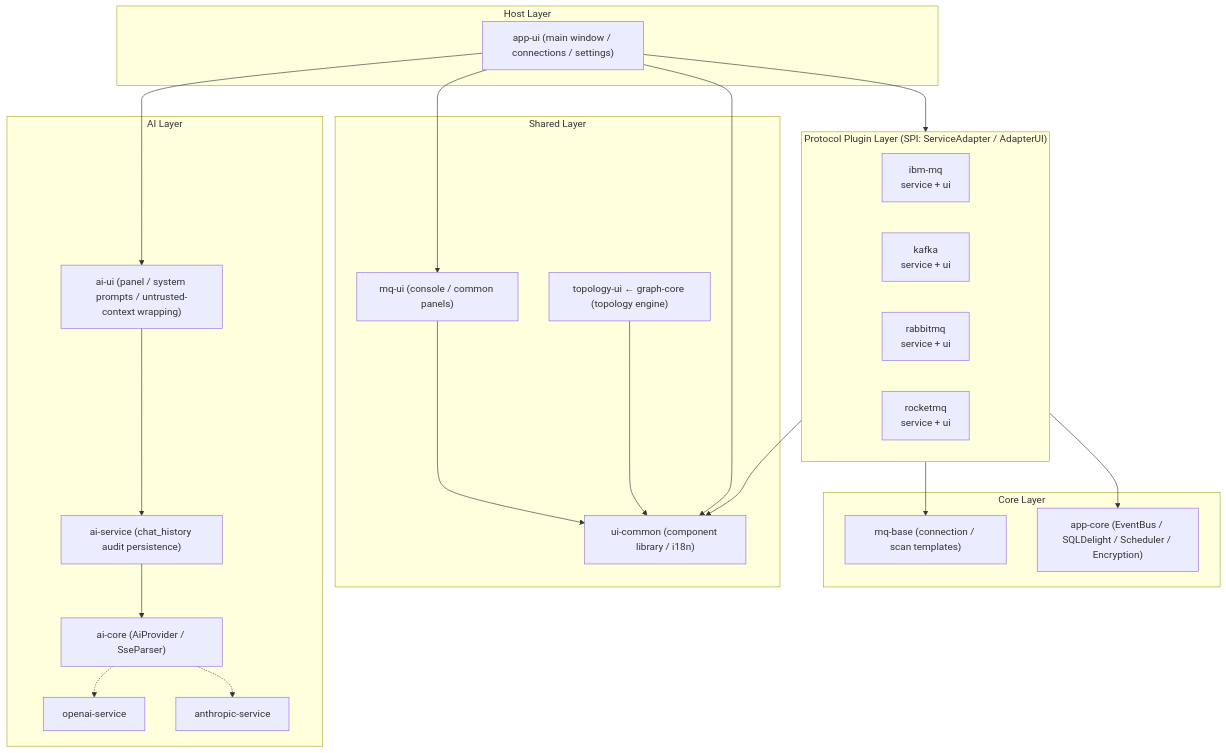
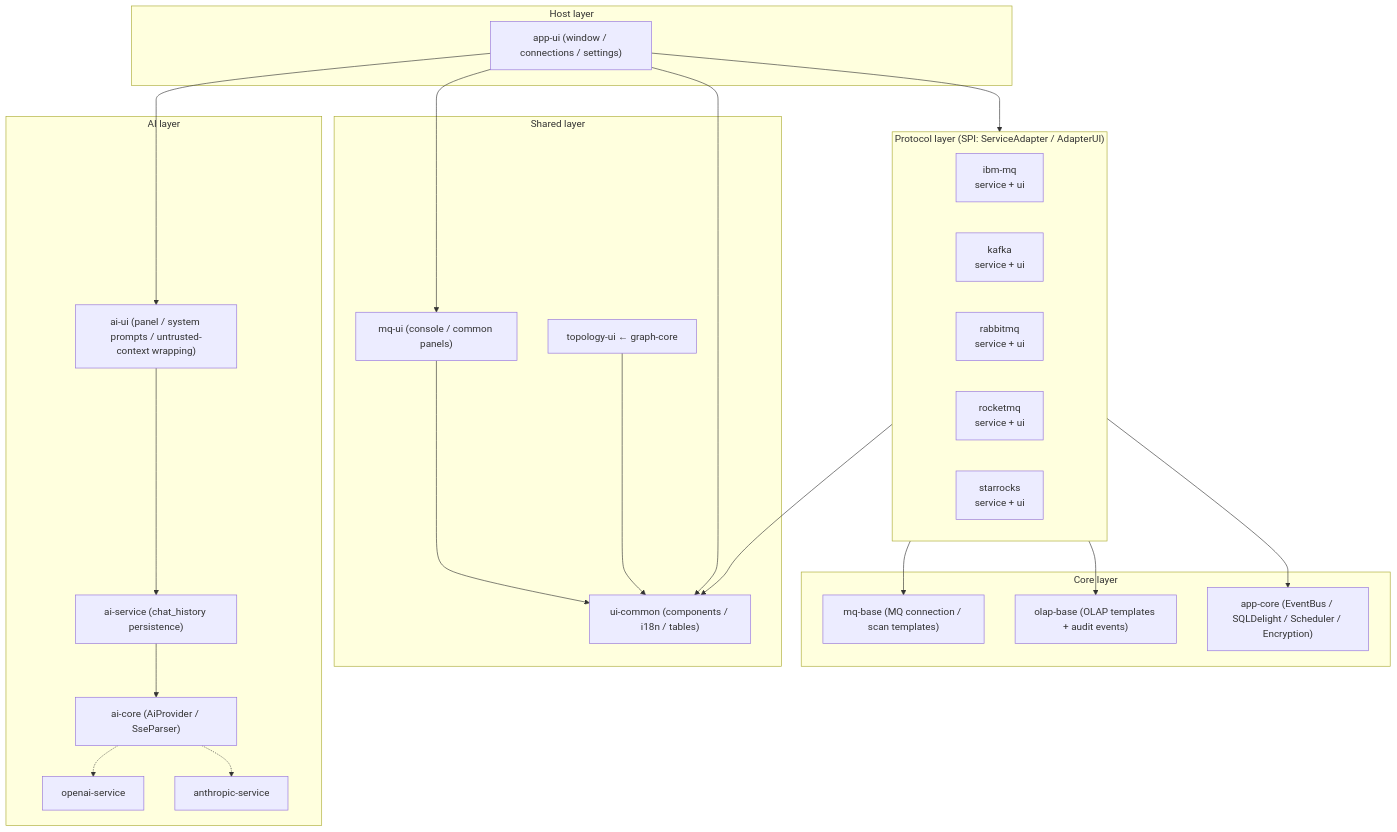
Before and after one commit to lindc/mq-client: the diagram in README.md, drawn with Mermaid. The commit also changed other lines of this file and 6 other files, not shown here.

````diff
--- a/README.md
+++ b/README.md
@@ -71,39 +137,41 @@
 ```mermaid
 flowchart TB
-    subgraph HOST["Host Layer"]
-        APPUI["app-ui (main window / connections / settings)"]
+    subgraph HOST["Host layer"]
+        APPUI["app-ui (window / connections / settings)"]
     end
 
-    subgraph AI["AI Layer"]
+    subgraph AI["AI layer"]
         AIUI["ai-ui (panel / system prompts / untrusted-context wrapping)"]
-        AISVC["ai-service (chat_history audit persistence)"]
+        AISVC["ai-service (chat_history persistence)"]
         AICORE["ai-core (AiProvider / SseParser)"]
         OPENAI["openai-service"]
         ANTHRO["anthropic-service"]
         AIUI --> AISVC --> AICORE
         AICORE -.-> OPENAI & ANTHRO
     end
 
-    subgraph PLUGINS["Protocol Plugin Layer (SPI: ServiceAdapter / AdapterUI)"]
+    subgraph PROTOCOLS["Protocol layer (SPI: ServiceAdapter / AdapterUI)"]
         IBM["ibm-mq\nservice + ui"]
         KFK["kafka\nservice + ui"]
         RMQ["rabbitmq\nservice + ui"]
         RKT["rocketmq\nservice + ui"]
+        SR["starrocks\nservice + ui"]
     end
 
-    subgraph SHARED["Shared Layer"]
+    subgraph SHARED["Shared layer"]
         MQUI["mq-ui (console / common panels)"]
-        TOPO["topology-ui ← graph-core (topology engine)"]
-        UICOM["ui-common (component library / i18n)"]
+        TOPO["topology-ui ← graph-core"]
+        UICOM["ui-common (components / i18n / tables)"]
     end
 
-    subgraph CORE["Core Layer"]
+    subgraph CORE["Core layer"]
         APCORE["app-core (EventBus / SQLDelight / Scheduler / Encryption)"]
-        MQBASE["mq-base (connection / scan templates)"]
+        MQBASE["mq-base (MQ connection / scan templates)"]
+        OLAPBASE["olap-base (OLAP templates + audit events)"]
     end
 
-    APPUI --> AIUI & MQUI & UICOM & PLUGINS
-    PLUGINS --> MQBASE & APCORE & UICOM
+    APPUI --> AIUI & MQUI & UICOM & PROTOCOLS
+    PROTOCOLS --> MQBASE & OLAPBASE & APCORE & UICOM
     MQUI --> UICOM
     TOPO --> UICOM
 ```
````
